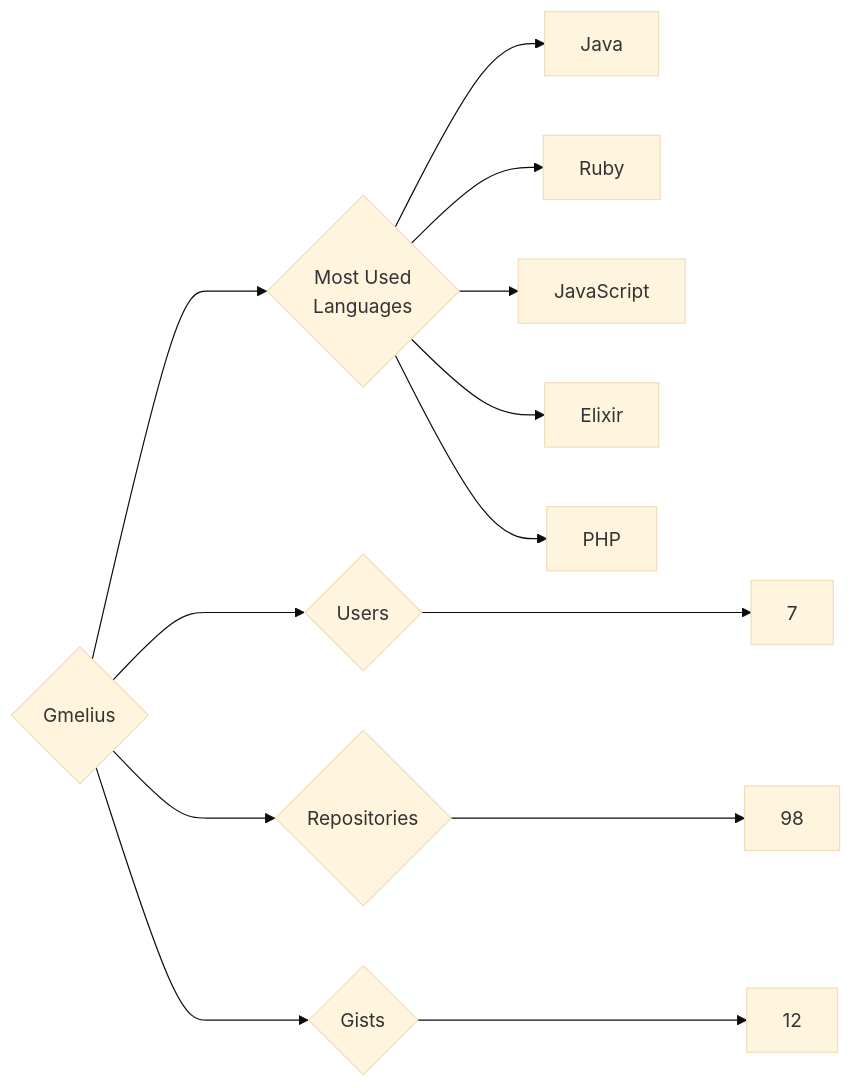
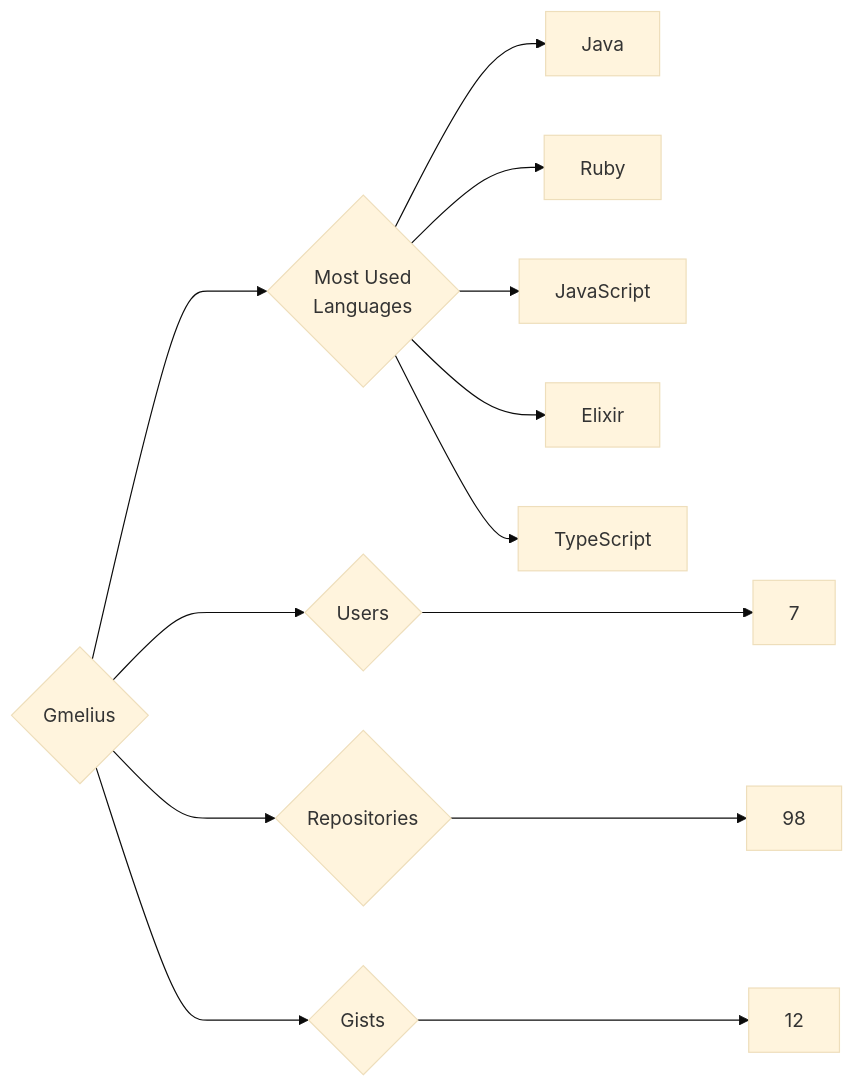
The diagram in targets/Gmelius/README.md (trickest/insiders), drawn with Mermaid (base theme) before and after one commit. The commit also changed 1084 other files, not shown here.

````diff
--- a/targets/Gmelius/README.md
+++ b/targets/Gmelius/README.md
@@ -3,13 +3,13 @@
 ```mermaid
 graph LR
 COMPANY_NAME{Gmelius}
 COMPANY_NAME ---> U{Users} ---> UN[7]
 COMPANY_NAME ---> R{Repositories} ---> RN[98]
 COMPANY_NAME ---> G{Gists} ---> GN[12]
 COMPANY_NAME ---> ML{Most Used<br>Languages}
 ML --> Java[Java]
 ML --> Ruby[Ruby]
 ML --> JavaScript[JavaScript]
 ML --> Elixir[Elixir]
-ML --> PHP[PHP]
+ML --> TypeScript[TypeScript]
 ```
````
